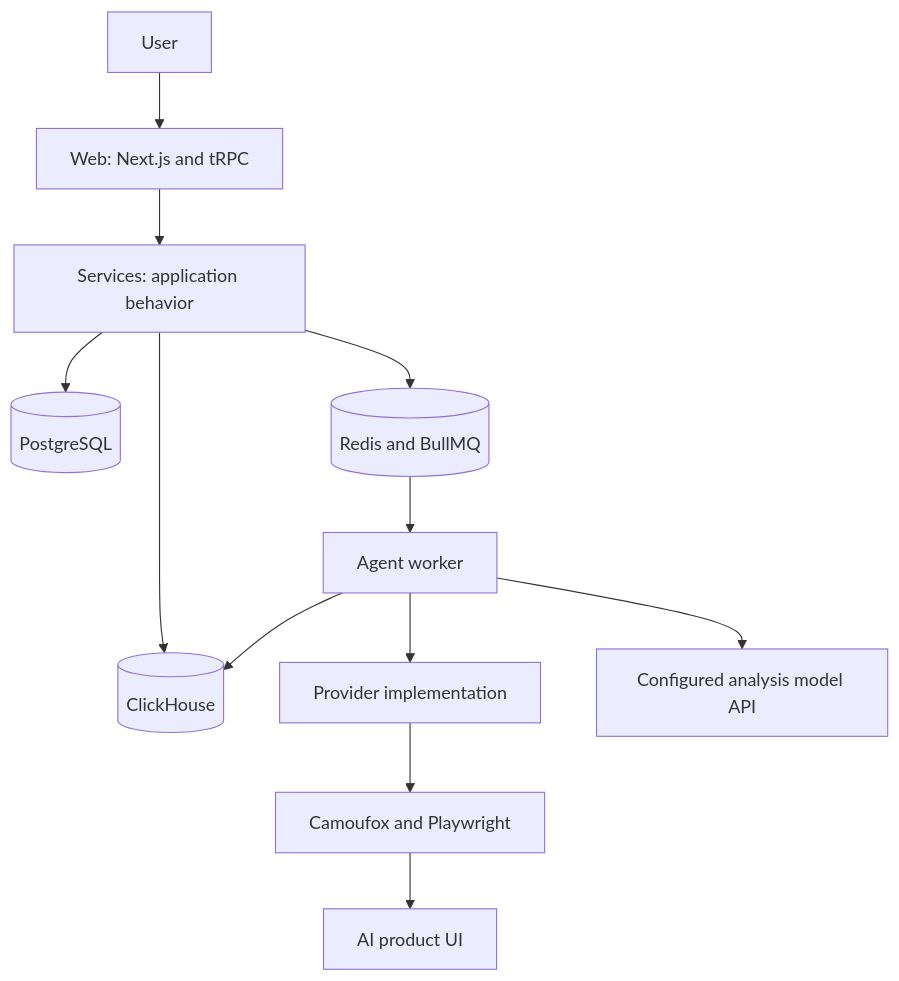
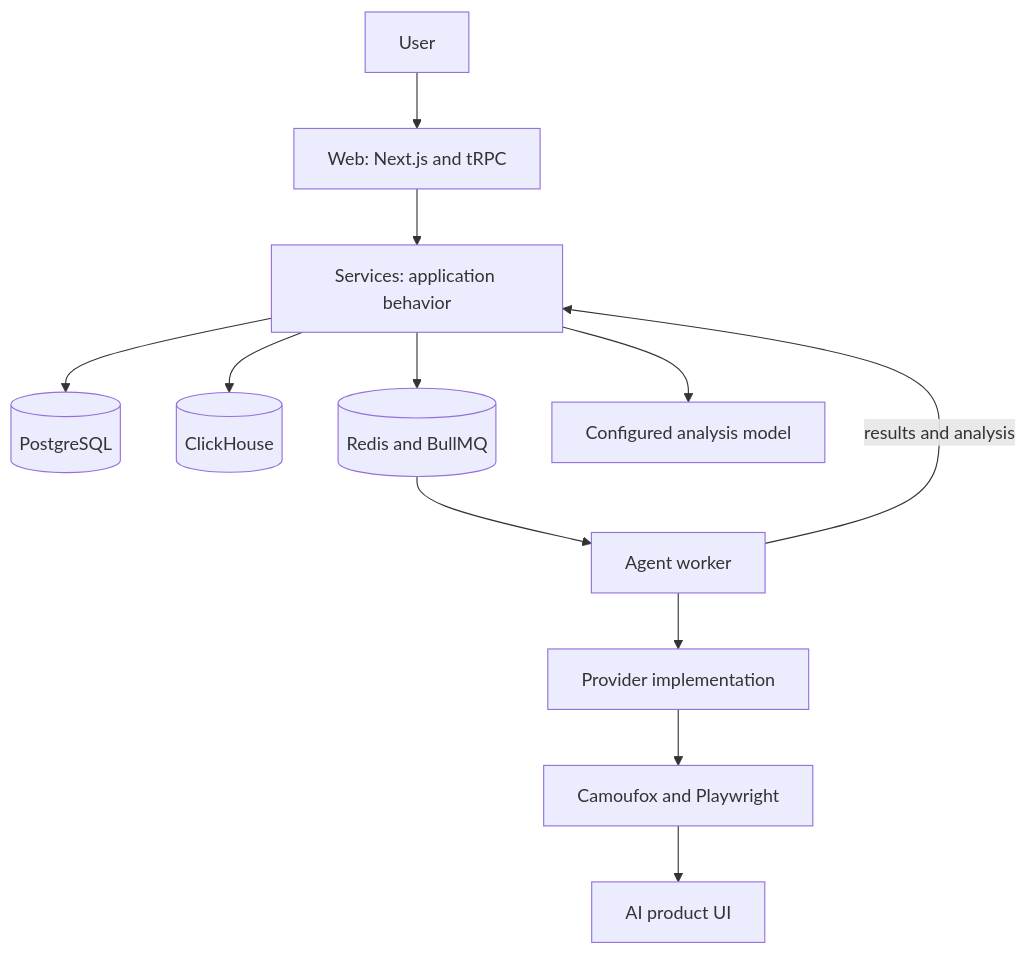
Before and after one commit to aryamantodkar/oneglanse: the diagram in ARCHITECTURE.md, drawn with Mermaid. The commit also changed other lines of this file and 3 other files, not shown here.

Commit message:
docs: correct architecture ownership and repository links

````diff
--- a/ARCHITECTURE.md
+++ b/ARCHITECTURE.md
@@ -7,14 +7,14 @@
 ```mermaid
 flowchart TD
     User[User] --> Web[Web: Next.js and tRPC]
     Web --> Services[Services: application behavior]
     Services --> PG[(PostgreSQL)]
     Services --> CH[(ClickHouse)]
     Services --> Redis[(Redis and BullMQ)]
     Redis --> Agent[Agent worker]
     Agent --> Provider[Provider implementation]
     Provider --> Browser[Camoufox and Playwright]
     Browser --> UI[AI product UI]
-    Agent --> CH
-    Agent --> Model[Configured analysis model API]
+    Agent -->|results and analysis| Services
+    Services --> Model[Configured analysis model]
 ```
````
